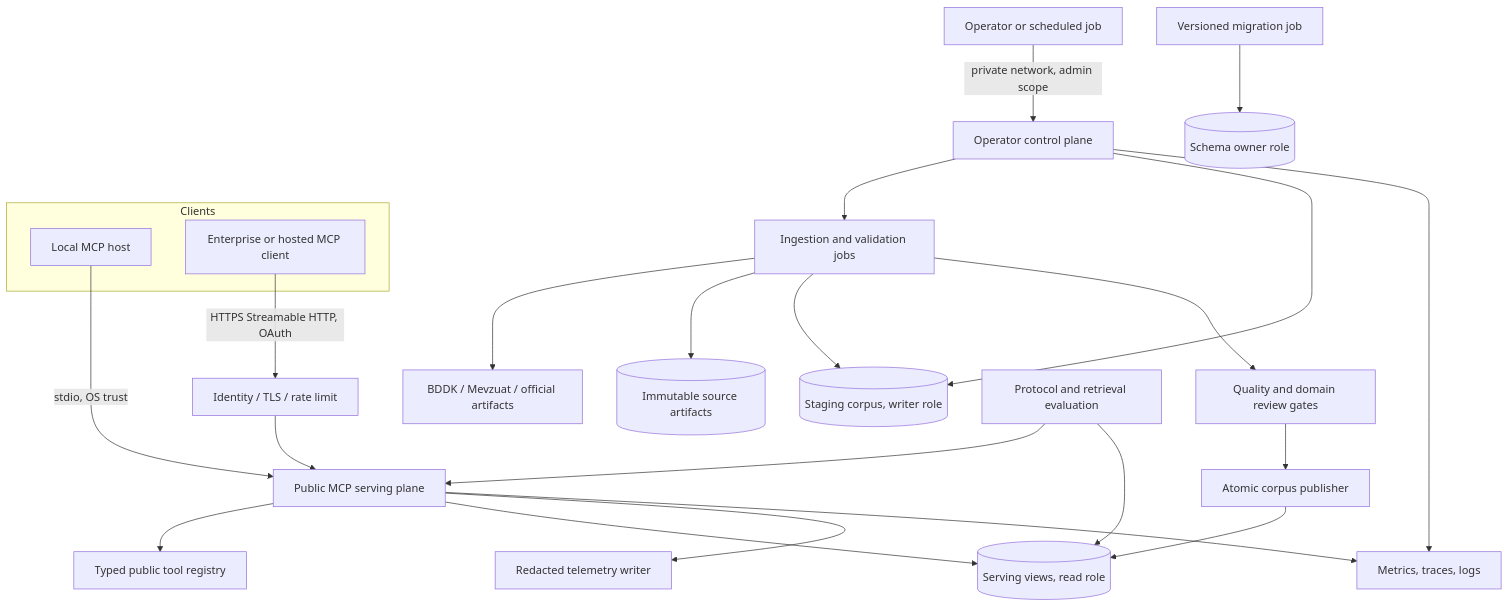
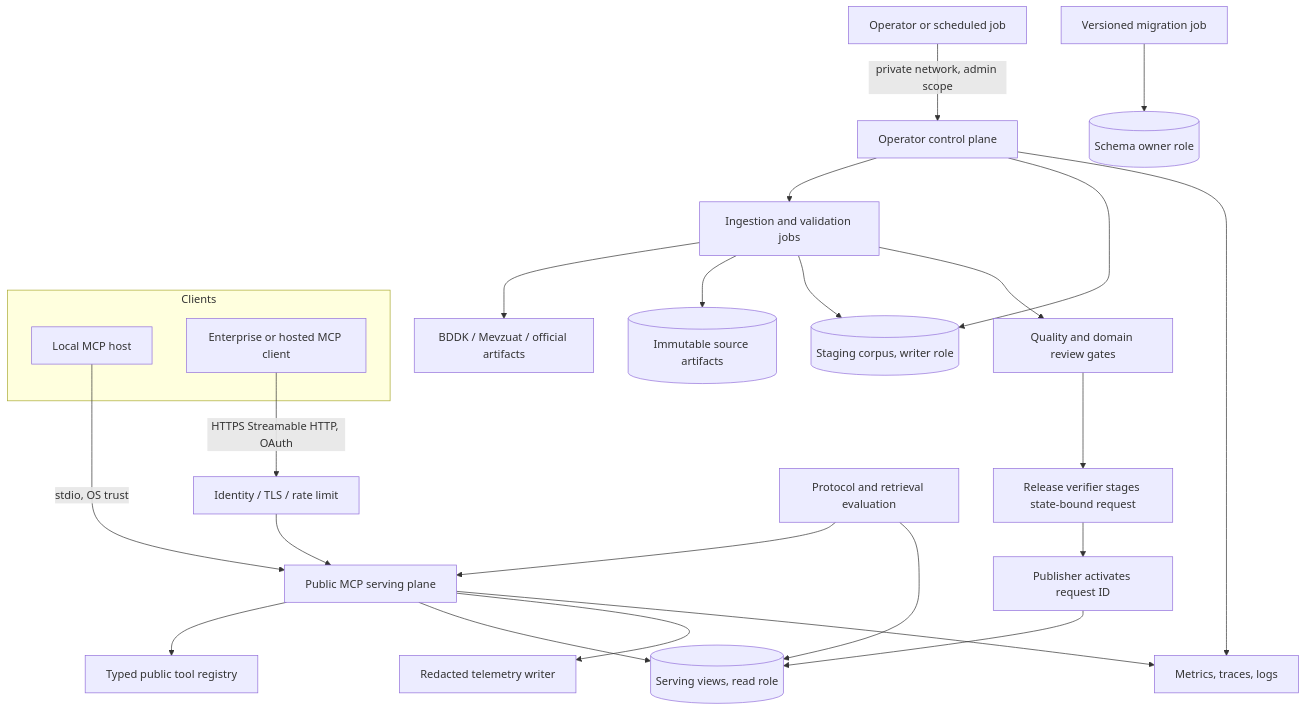
Before and after one commit to omercagatay/bddk-mcp: the first of 3 diagrams in docs/TARGET_ARCHITECTURE.md, drawn with Mermaid. The commit also changed other lines of this file and 18 other files, not shown here.

Commit message:
docs: document schema v8 operations and recovery

```diff
--- a/docs/TARGET_ARCHITECTURE.md
+++ b/docs/TARGET_ARCHITECTURE.md
@@ -73,33 +73,34 @@
 ~~~mermaid
 flowchart TB
     subgraph Clients
         Local[Local MCP host]
         Remote[Enterprise or hosted MCP client]
     end
 
     Local -->|stdio, OS trust| PublicMCP
     Remote -->|HTTPS Streamable HTTP, OAuth| Gateway[Identity / TLS / rate limit]
     Gateway --> PublicMCP[Public MCP serving plane]
 
     Operator[Operator or scheduled job] -->|private network, admin scope| Admin[Operator control plane]
 
     PublicMCP --> Registry[Typed public tool registry]
     PublicMCP --> ReadDB[(Serving views, read role)]
     PublicMCP --> Telemetry[Redacted telemetry writer]
 
     Admin --> Jobs[Ingestion and validation jobs]
     Admin --> WriteDB[(Staging corpus, writer role)]
     Migrator[Versioned migration job] --> Schema[(Schema owner role)]
 
     Jobs --> Sources[BDDK / Mevzuat / official artifacts]
     Jobs --> Objects[(Immutable source artifacts)]
     Jobs --> WriteDB
     Jobs --> Quality[Quality and domain review gates]
-    Quality --> Publish[Atomic corpus publisher]
-    Publish --> ReadDB
+    Quality --> Verify[Release verifier stages state-bound request]
+    Verify --> Activate[Publisher activates request ID]
+    Activate --> ReadDB
 
     Eval[Protocol and retrieval evaluation] --> PublicMCP
     Eval --> ReadDB
     PublicMCP --> Obs[Metrics, traces, logs]
     Admin --> Obs
 ~~~
```
